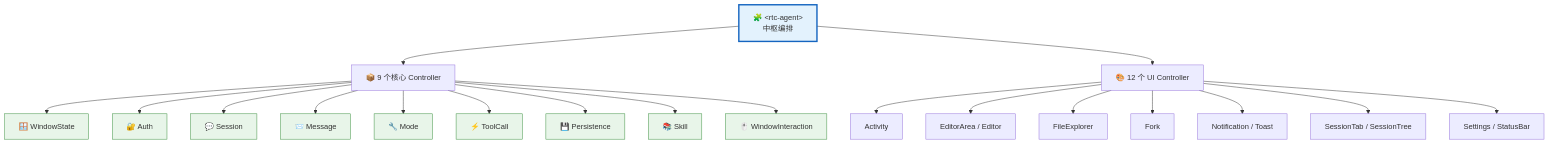
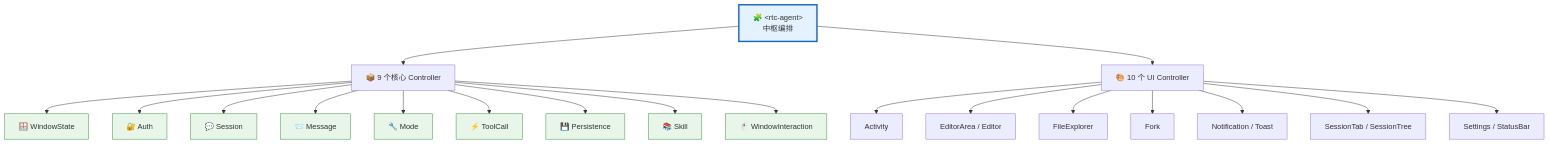
Before and after one commit to rtc-agent/docs: the fifth of 7 diagrams in src/content/docs/integration/component-api.md, drawn with Mermaid. The commit also changed other lines of this file and 1 other file, not shown here.

First line of the commit message:
fix(component-api): correct debug api availability and controller count

````diff
--- a/src/content/docs/integration/component-api.md
+++ b/src/content/docs/integration/component-api.md
@@ -280,34 +280,34 @@
 ```mermaid
 flowchart TD
     ROOT["🧩 &lt;rtc-agent&gt;<br/>中枢编排"] --> CORE["📦 9 个核心 Controller"]
-    ROOT --> UI["🎨 12 个 UI Controller"]
+    ROOT --> UI["🎨 10 个 UI Controller"]
 
     CORE --> C1["🪟 WindowState"]
     CORE --> C2["🔐 Auth"]
     CORE --> C3["💬 Session"]
     CORE --> C4["📨 Message"]
     CORE --> C5["🔧 Mode"]
     CORE --> C6["⚡ ToolCall"]
     CORE --> C7["💾 Persistence"]
     CORE --> C8["📚 Skill"]
     CORE --> C9["🖱️ WindowInteraction"]
 
     UI --> U1["Activity"]
     UI --> U2["EditorArea / Editor"]
     UI --> U3["FileExplorer"]
     UI --> U4["Fork"]
     UI --> U5["Notification / Toast"]
     UI --> U6["SessionTab / SessionTree"]
     UI --> U7["Settings / StatusBar"]
 
     style ROOT fill:#e3f2fd,stroke:#1565c0,stroke-width:3px
     style C1 fill:#e8f5e9,stroke:#388e3c
     style C2 fill:#e8f5e9,stroke:#388e3c
     style C3 fill:#e8f5e9,stroke:#388e3c
     style C4 fill:#e8f5e9,stroke:#388e3c
     style C5 fill:#e8f5e9,stroke:#388e3c
     style C6 fill:#e8f5e9,stroke:#388e3c
     style C7 fill:#e8f5e9,stroke:#388e3c
     style C8 fill:#e8f5e9,stroke:#388e3c
     style C9 fill:#e8f5e9,stroke:#388e3c
 ```
````
